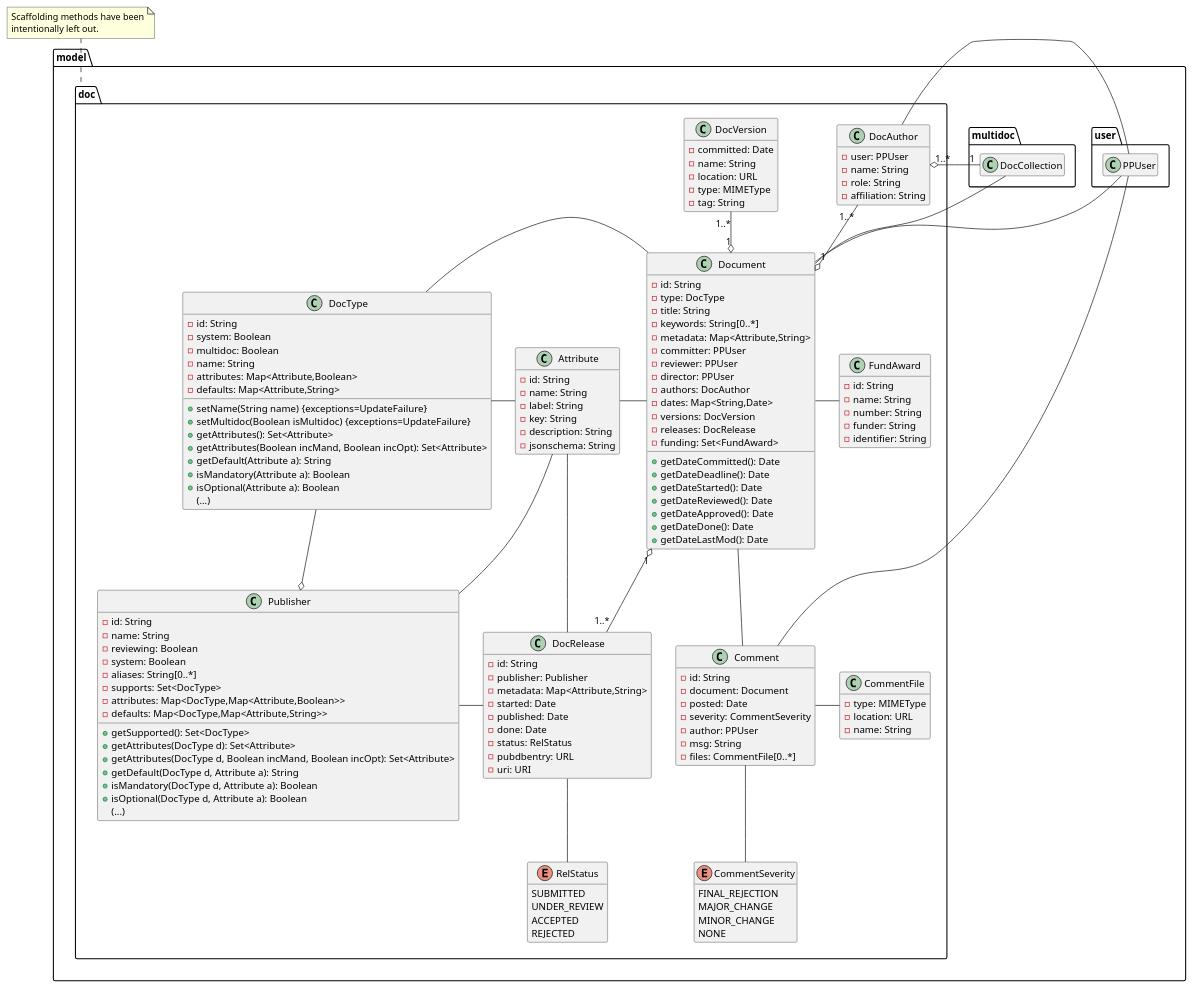
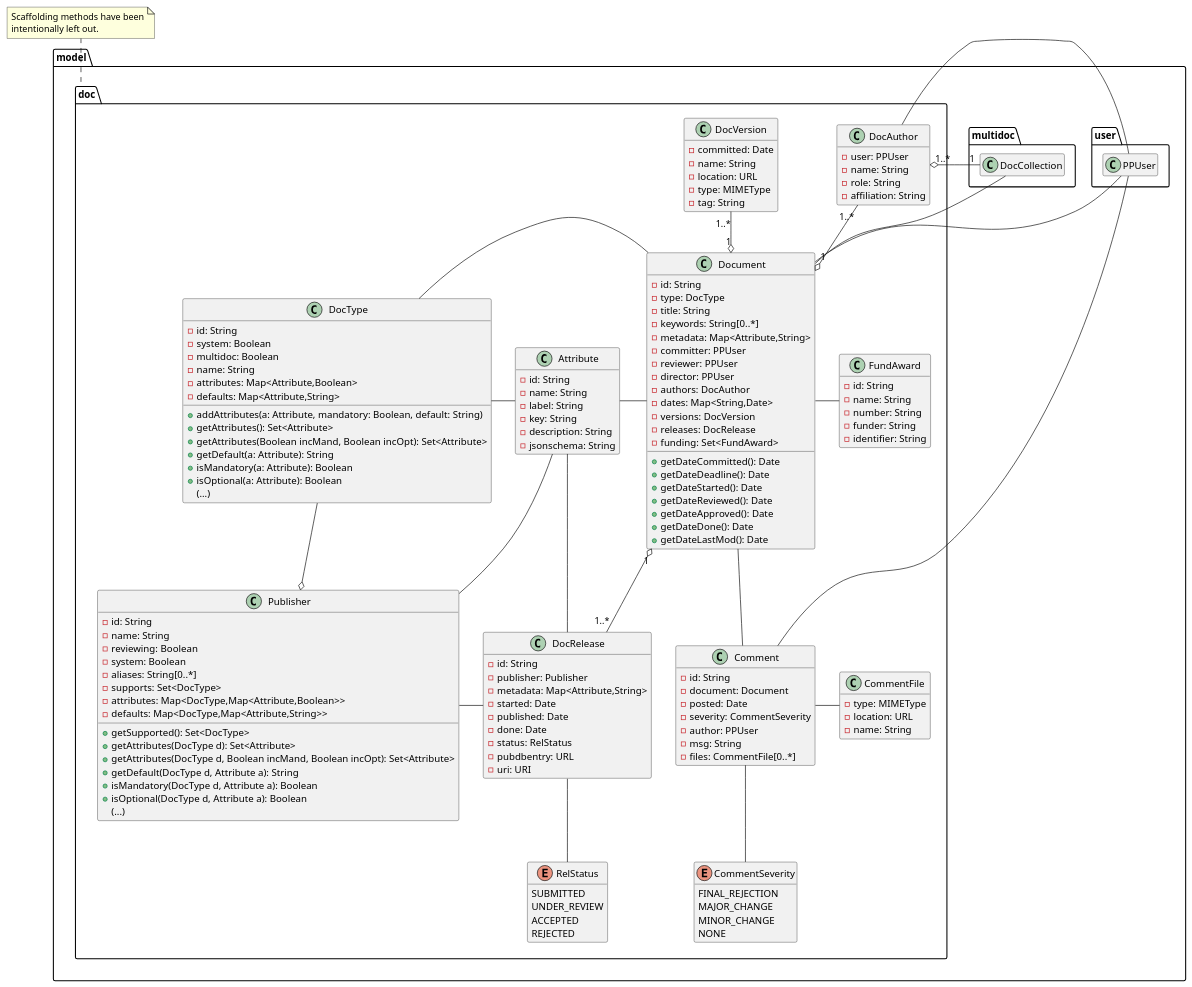
The diagram in doc/uml/model/doc.md (peerpub/peerpub), drawn with PlantUML before and after one commit. The commit also changed 2 other files, not shown here.

Commit message:
Refactor model.doc.DocType. * Leave name restrictions as a duty to Controller * Start to add attributes handling

```diff
--- a/doc/uml/model/doc.md
+++ b/doc/uml/model/doc.md
@@ -49,13 +49,12 @@
     -attributes: Map<Attribute,Boolean>
     -defaults: Map<Attribute,String>
 
-    +setName(String name) {exceptions=UpdateFailure}
-    +setMultidoc(Boolean isMultidoc) {exceptions=UpdateFailure}
+    +addAttributes(a: Attribute, mandatory: Boolean, default: String)
     +getAttributes(): Set<Attribute>
     +getAttributes(Boolean incMand, Boolean incOpt): Set<Attribute>
-    +getDefault(Attribute a): String
-    +isMandatory(Attribute a): Boolean
-    +isOptional(Attribute a): Boolean
+    +getDefault(a: Attribute): String
+    +isMandatory(a: Attribute): Boolean
+    +isOptional(a: Attribute): Boolean
     (...)
   }
 
```
